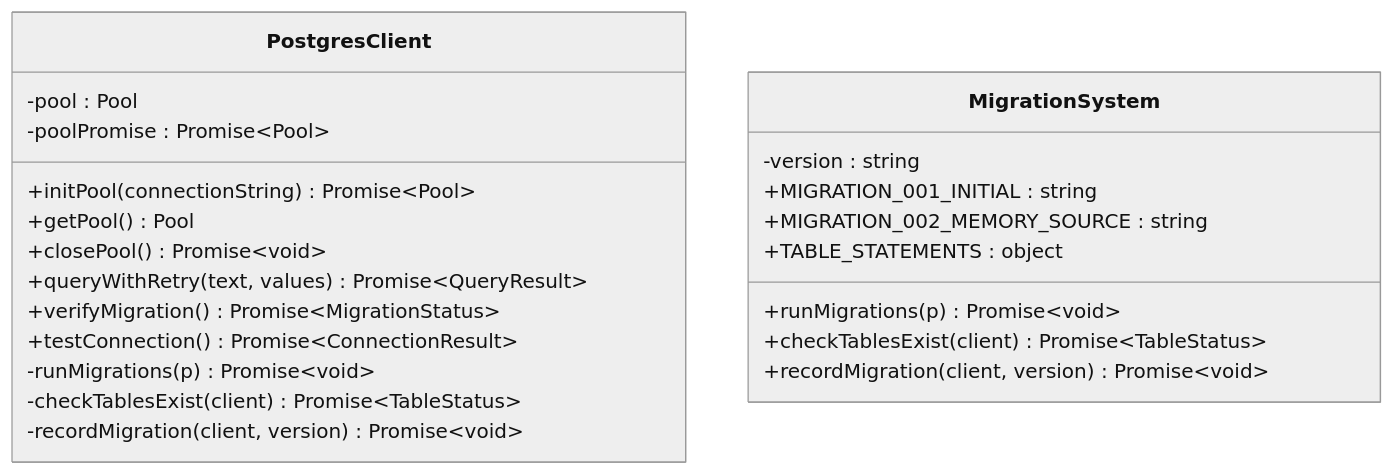
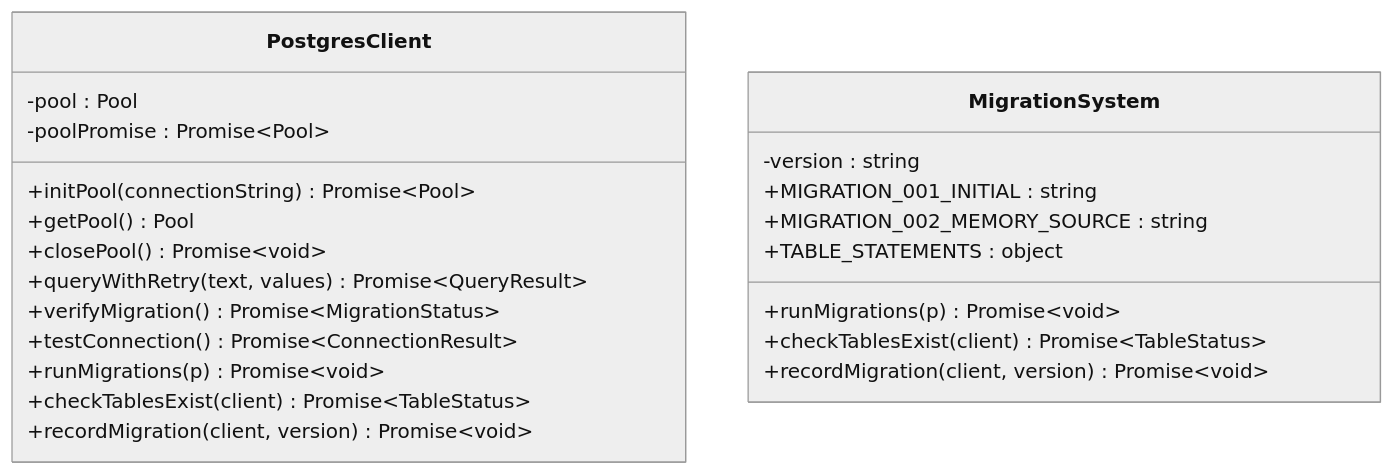
One commit to bramburn/repomix-runner changed the third of 3 diagrams in .qoder/repowiki/en/content/Storage System/Storage System.md. Above: the diagram before and after it, drawn with Mermaid (neutral theme). The commit also changed other lines of this file and 27 other files, not shown here.

````diff
--- a/.qoder/repowiki/en/content/Storage System/Storage System.md
+++ b/.qoder/repowiki/en/content/Storage System/Storage System.md
@@ -213,25 +266,25 @@
 ```mermaid
 classDiagram
 class PostgresClient {
 -pool : Pool
 -poolPromise : Promise~Pool~
 +initPool(connectionString) Promise~Pool~
 +getPool() Pool
 +closePool() Promise~void~
 +queryWithRetry(text, values) Promise~QueryResult~
 +verifyMigration() Promise~MigrationStatus~
 +testConnection() Promise~ConnectionResult~
--runMigrations(p) Promise~void~
--checkTablesExist(client) Promise~TableStatus~
--recordMigration(client, version) Promise~void~
++runMigrations(p) Promise~void~
++checkTablesExist(client) Promise~TableStatus~
++recordMigration(client, version) Promise~void~
 }
 class MigrationSystem {
 -version : string
 +MIGRATION_001_INITIAL : string
 +MIGRATION_002_MEMORY_SOURCE : string
 +TABLE_STATEMENTS : object
 +runMigrations(p) Promise~void~
 +checkTablesExist(client) Promise~TableStatus~
 +recordMigration(client, version) Promise~void~
 }
 ```
````
